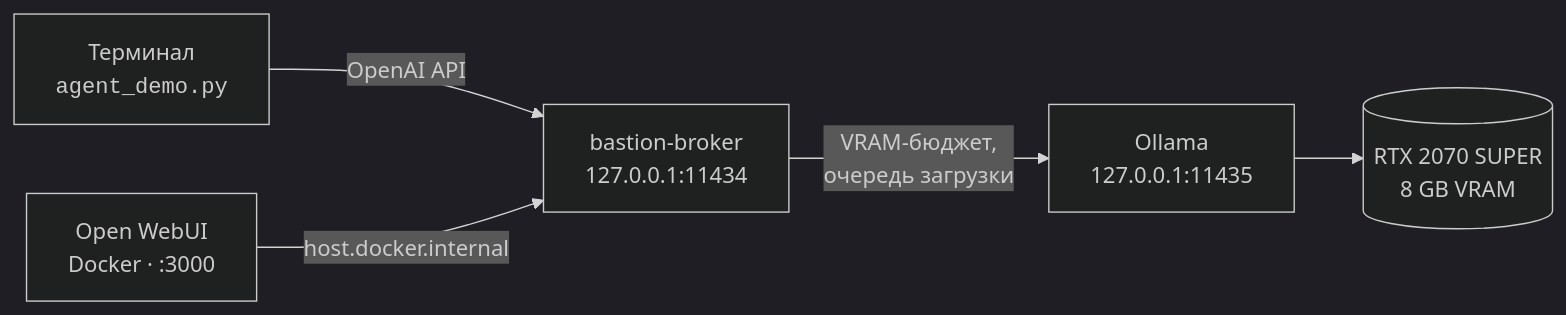
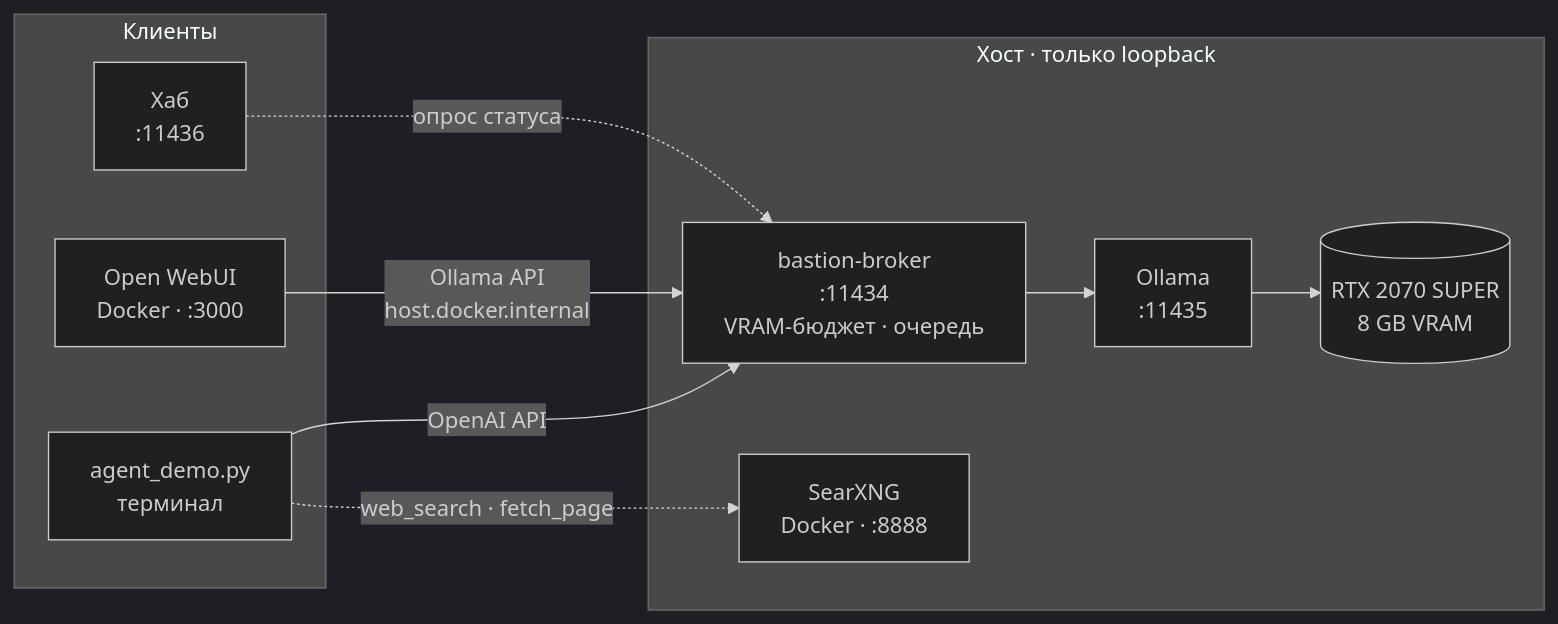
Before and after one commit to oblvsp/linuxmintai: the diagram in README.md, drawn with Mermaid (dark theme). The commit also changed other lines of this file and 2 other files, not shown here.

Commit message:
docs: переписать README с бейджами, схемой и скриншотами хаба

````diff
--- a/README.md
+++ b/README.md
@@ -17,7 +44,21 @@
 ```mermaid
 flowchart LR
-    A["Терминал<br/><code>agent_demo.py</code>"] -->|OpenAI API| B
-    C["Open WebUI<br/>Docker · :3000"] -->|host.docker.internal| B
-    B["bastion-broker<br/>127.0.0.1:11434"] -->|VRAM-бюджет,<br/>очередь загрузки| D["Ollama<br/>127.0.0.1:11435"]
-    D --> E[("RTX 2070 SUPER<br/>8 GB VRAM")]
+    subgraph clients["Клиенты"]
+        T["agent_demo.py<br/>терминал"]
+        W["Open WebUI<br/>Docker · :3000"]
+        H["Хаб<br/>:11436"]
+    end
+
+    subgraph host["Хост · только loopback"]
+        B["bastion-broker<br/>:11434<br/>VRAM-бюджет · очередь"]
+        O["Ollama<br/>:11435"]
+        S["SearXNG<br/>Docker · :8888"]
+        G[("RTX 2070 SUPER<br/>8 GB VRAM")]
+    end
+
+    T -->|OpenAI API| B
+    W -->|Ollama API<br/>host.docker.internal| B
+    B --> O --> G
+    T -.->|web_search · fetch_page| S
+    H -.->|опрос статуса| B
 ```
````
